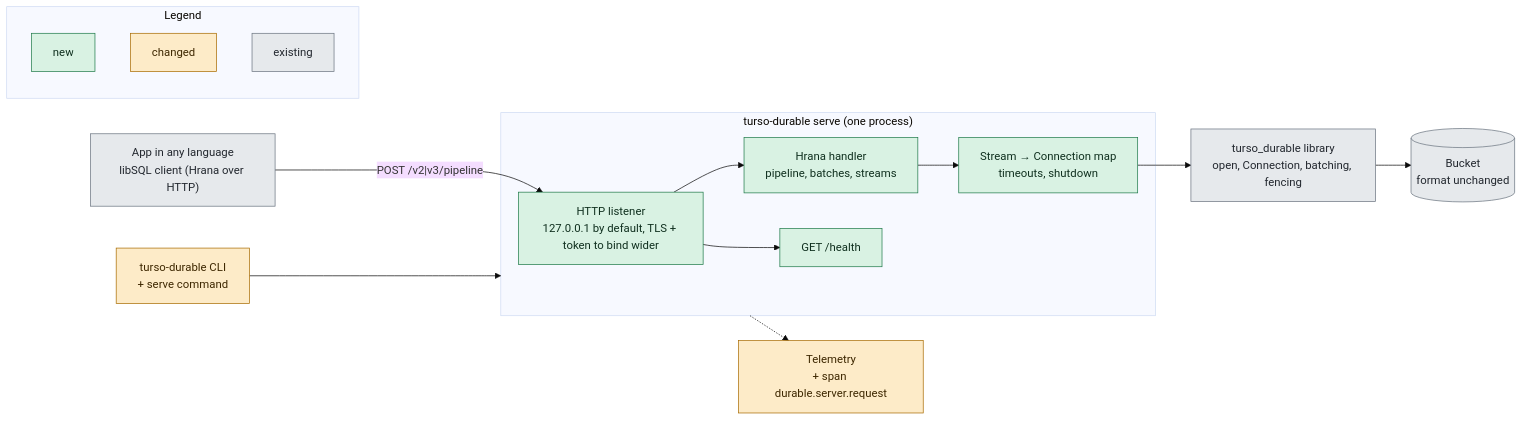
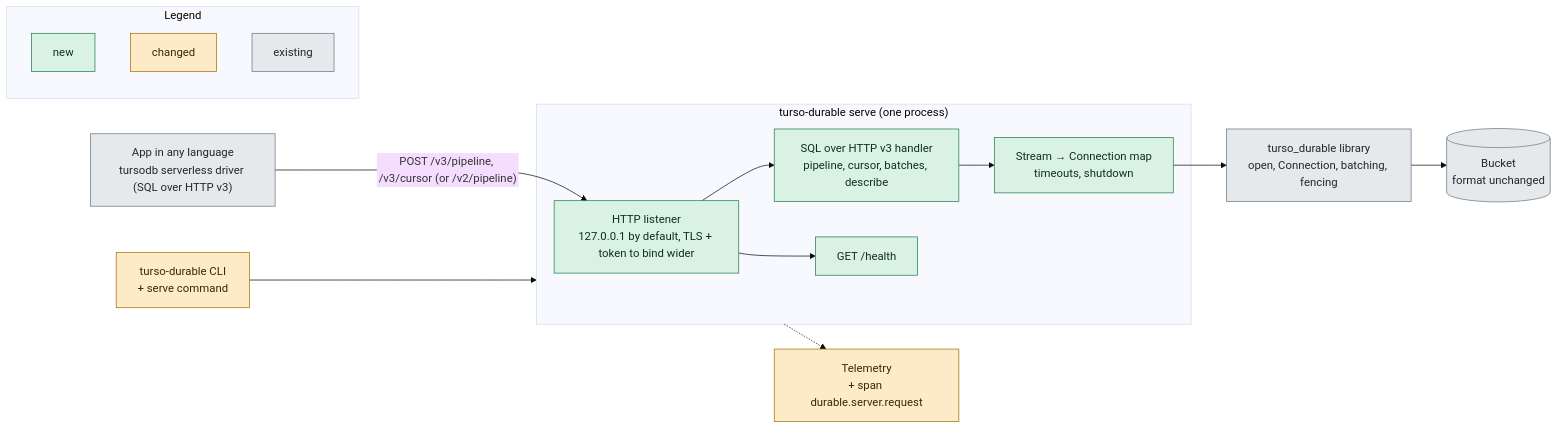
The first of 3 diagrams in README.md (kahgeh/buckwal), drawn with Mermaid (base theme) before and after one commit. The commit also changed other lines of this file and 12 other files, not shown here.

Commit message:
Docs: tursodb SQL over HTTP v3, clients run and not run

````diff
--- a/README.md
+++ b/README.md
@@ -359,26 +361,26 @@
 ```mermaid
 flowchart LR
-  client["App in any language<br/>libSQL client (Hrana over HTTP)"]:::existing
+  client["App in any language<br/>tursodb serverless driver (SQL over HTTP v3)"]:::existing
   subgraph serve["turso-durable serve (one process)"]
     http["HTTP listener<br/>127.0.0.1 by default, TLS + token to bind wider"]:::new
-    hrana["Hrana handler<br/>pipeline, batches, streams"]:::new
+    sqlhttp["SQL over HTTP v3 handler<br/>pipeline, cursor, batches, describe"]:::new
     streams["Stream → Connection map<br/>timeouts, shutdown"]:::new
     health["GET /health"]:::new
   end
   lib["turso_durable library<br/>open, Connection, batching, fencing"]:::existing
   bucket[("Bucket<br/>format unchanged")]:::existing
   otel["Telemetry<br/>+ span durable.server.request"]:::changed
   cli["turso-durable CLI<br/>+ serve command"]:::changed
-  client -- "POST /v2|v3/pipeline" --> http --> hrana --> streams --> lib --> bucket
+  client -- "POST /v3/pipeline, /v3/cursor (or /v2/pipeline)" --> http --> sqlhttp --> streams --> lib --> bucket
   http --> health
   serve -.-> otel
   cli --> serve
   subgraph legend["Legend"]
     l1["new"]:::new
     l2["changed"]:::changed
     l3["existing"]:::existing
   end
   classDef new fill:#d9f2e3,stroke:#1f7a4a,color:#10301f
   classDef changed fill:#fdebc8,stroke:#a86b00,color:#3d2700
   classDef existing fill:#e6e9ec,stroke:#6b7480,color:#22272e
 ```
````
